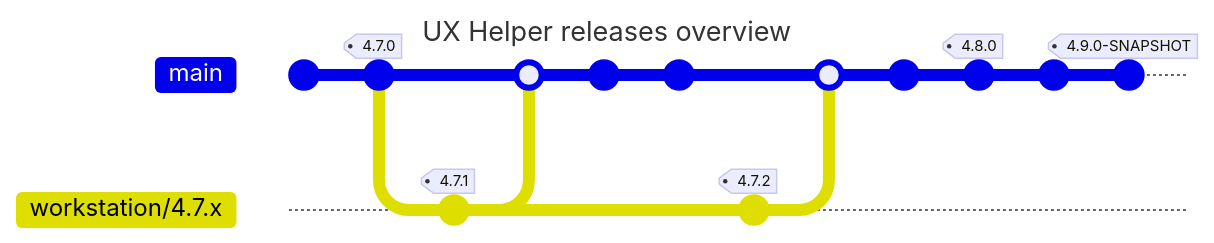
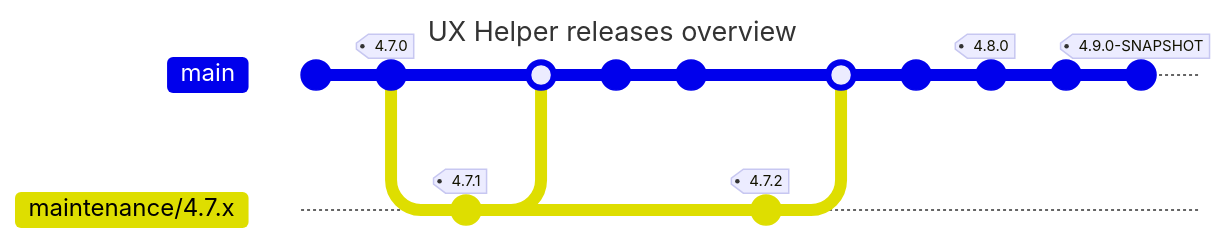
One commit to ROKT/rokt-ux-helper-android changed the first of 2 diagrams in RELEASING.md. Above: the diagram before and after it, drawn with Mermaid. The commit also changed other lines of this file and 3 other files, not shown here. Commit ids are hidden.

First line of the commit message:
ci: support maintenance branch patch releases (#292)

````diff
--- a/RELEASING.md
+++ b/RELEASING.md
@@ -3,24 +3,24 @@
 ```mermaid
 ---
 title: UX Helper releases overview
 ---
 
 gitGraph
     commit
     commit tag: "4.7.0"
-    branch workstation/4.7.x
-    checkout workstation/4.7.x
+    branch maintenance/4.7.x
+    checkout maintenance/4.7.x
     commit tag: "4.7.1"
     checkout main
-    merge workstation/4.7.x
+    merge maintenance/4.7.x
     commit
     commit
-    checkout workstation/4.7.x
+    checkout maintenance/4.7.x
     commit tag: "4.7.2"
     checkout main
-    merge workstation/4.7.x
+    merge maintenance/4.7.x
     commit
     commit tag: "4.8.0"
     commit
     commit tag: "4.9.0-SNAPSHOT"
 ```
````
